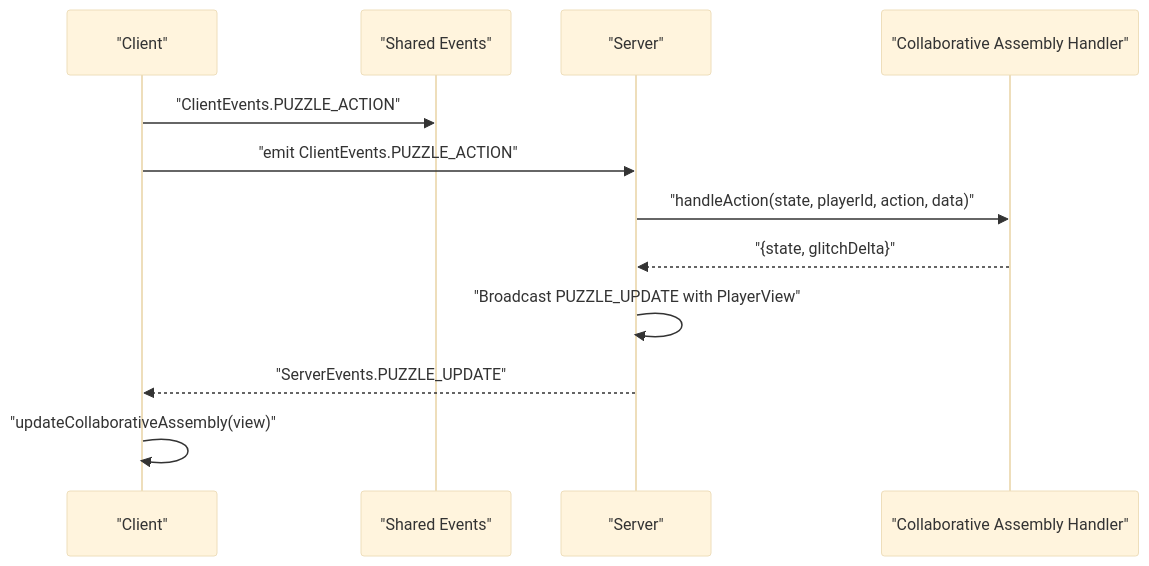
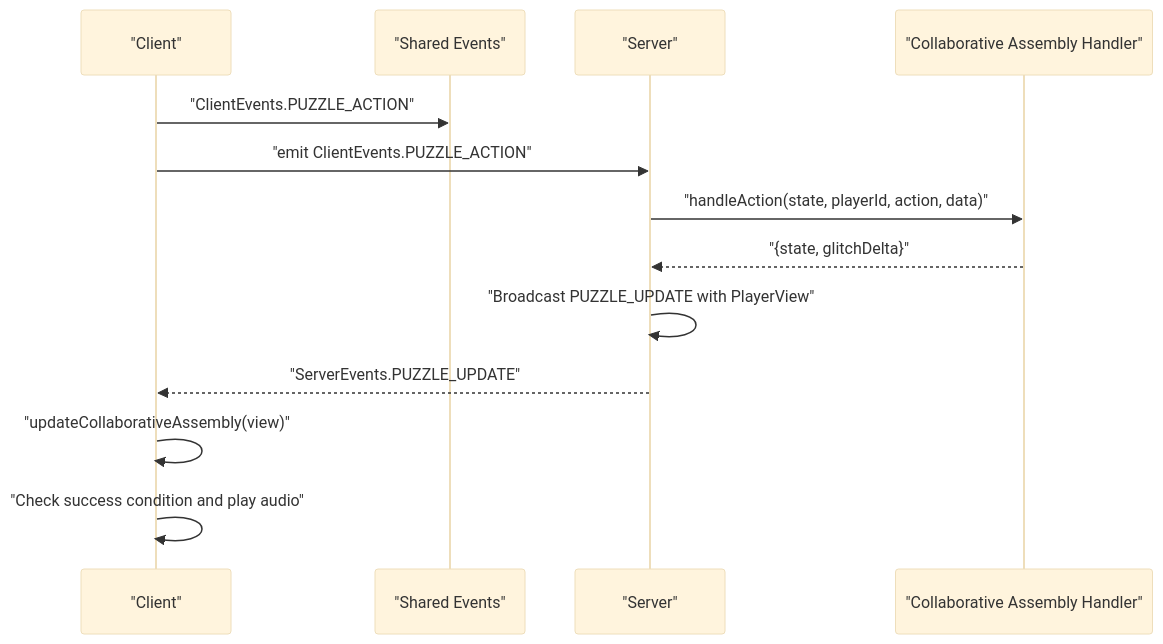
One commit to dkoukoul/escape-room-mvp changed the fifth of 10 diagrams in .qoder/repowiki/en/content/Puzzle System/Collaborative Assembly Puzzle.md. Above: the diagram before and after it, drawn with Mermaid (base theme). The commit also changed other lines of this file and 21 other files, not shown here.

````diff
--- a/.qoder/repowiki/en/content/Puzzle System/Collaborative Assembly Puzzle.md
+++ b/.qoder/repowiki/en/content/Puzzle System/Collaborative Assembly Puzzle.md
@@ -232,14 +291,15 @@
 ```mermaid
 sequenceDiagram
 participant Client as "Client"
 participant Events as "Shared Events"
 participant Server as "Server"
 participant Handler as "Collaborative Assembly Handler"
 Client->>Events : "ClientEvents.PUZZLE_ACTION"
 Client->>Server : "emit ClientEvents.PUZZLE_ACTION"
 Server->>Handler : "handleAction(state, playerId, action, data)"
 Handler-->>Server : "{state, glitchDelta}"
 Server->>Server : "Broadcast PUZZLE_UPDATE with PlayerView"
 Server-->>Client : "ServerEvents.PUZZLE_UPDATE"
 Client->>Client : "updateCollaborativeAssembly(view)"
+Client->>Client : "Check success condition and play audio"
 ```
````
